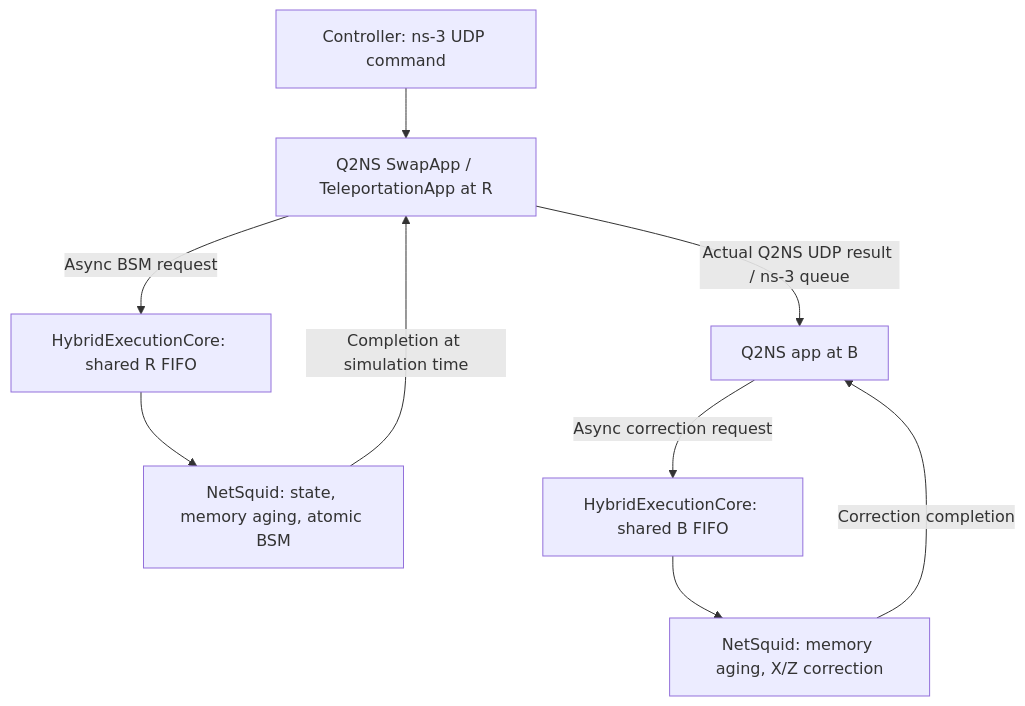
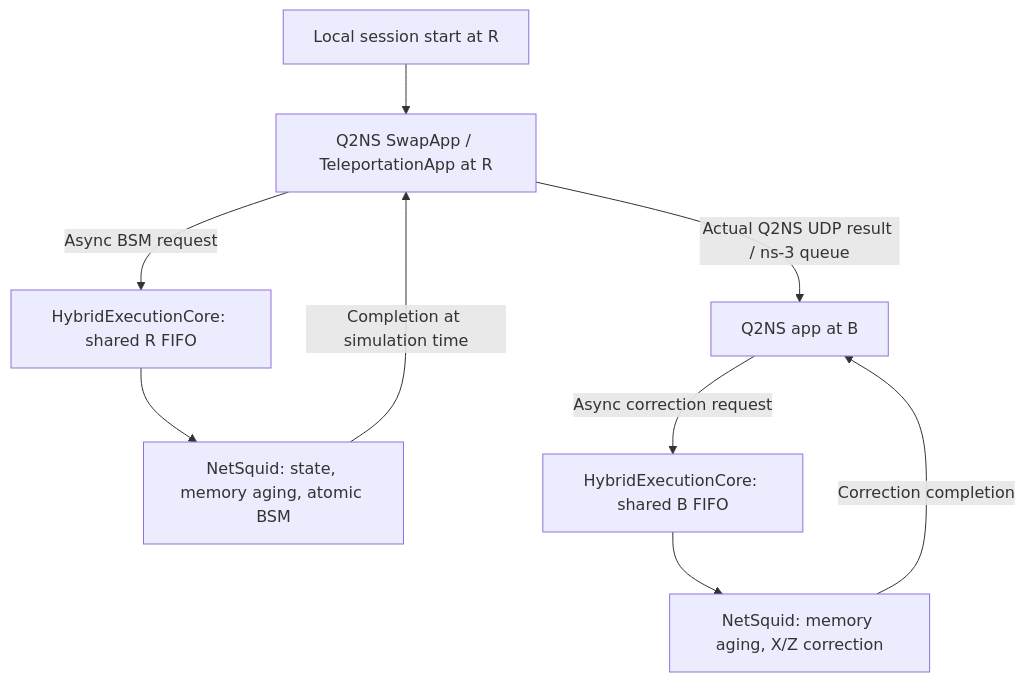
Before and after one commit to johnlimmm/push: the diagram in README.md, drawn with Mermaid. The commit also changed other lines of this file and 90 other files, not shown here.

````diff
--- a/README.md
+++ b/README.md
@@ -29,11 +29,11 @@
 ```mermaid
 flowchart TD
-    C[Controller: ns-3 UDP command] --> R[Q2NS SwapApp / TeleportationApp at R]
+    S[Local session start at R] --> R[Q2NS SwapApp / TeleportationApp at R]
     R -->|Async BSM request| H[HybridExecutionCore: shared R FIFO]
     H --> N[NetSquid: state, memory aging, atomic BSM]
     N -->|Completion at simulation time| R
     R -->|Actual Q2NS UDP result / ns-3 queue| B[Q2NS app at B]
     B -->|Async correction request| Q[HybridExecutionCore: shared B FIFO]
     Q --> M[NetSquid: memory aging, X/Z correction]
     M -->|Correction completion| B
 ```
````
